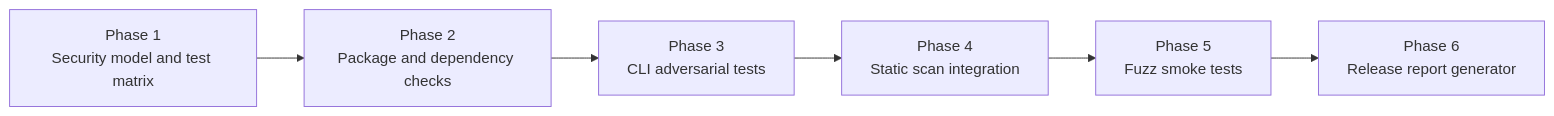
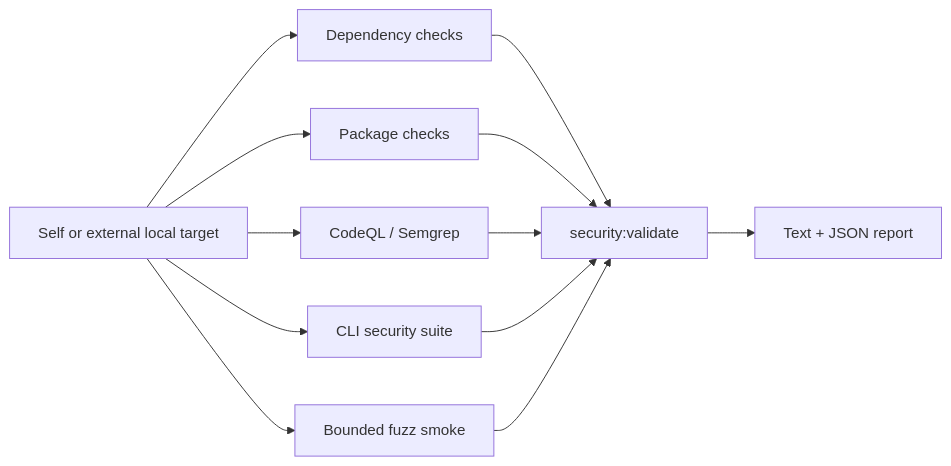
The diagram in docs/security-validation-framework.md (dailephd/my-dev-kit-lab), drawn with Mermaid before and after one commit. The commit also changed other lines of this file and 10 other files, not shown here.

````diff
--- a/docs/security-validation-framework.md
+++ b/docs/security-validation-framework.md
@@ -575,8 +28,14 @@
 ```mermaid
 flowchart LR
-  A[Phase 1\nSecurity model and test matrix] --> B[Phase 2\nPackage and dependency checks]
-  B --> C[Phase 3\nCLI adversarial tests]
-  C --> D[Phase 4\nStatic scan integration]
-  D --> E[Phase 5\nFuzz smoke tests]
-  E --> F[Phase 6\nRelease report generator]
+  Target[Self or external local target] --> Dependency[Dependency checks]
+  Target --> Package[Package checks]
+  Target --> Static[CodeQL / Semgrep]
+  Target --> CLI[CLI security suite]
+  Target --> Fuzz[Bounded fuzz smoke]
+  Dependency --> Gate[security:validate]
+  Package --> Gate
+  Static --> Gate
+  CLI --> Gate
+  Fuzz --> Gate
+  Gate --> Report[Text + JSON report]
 ```
````
